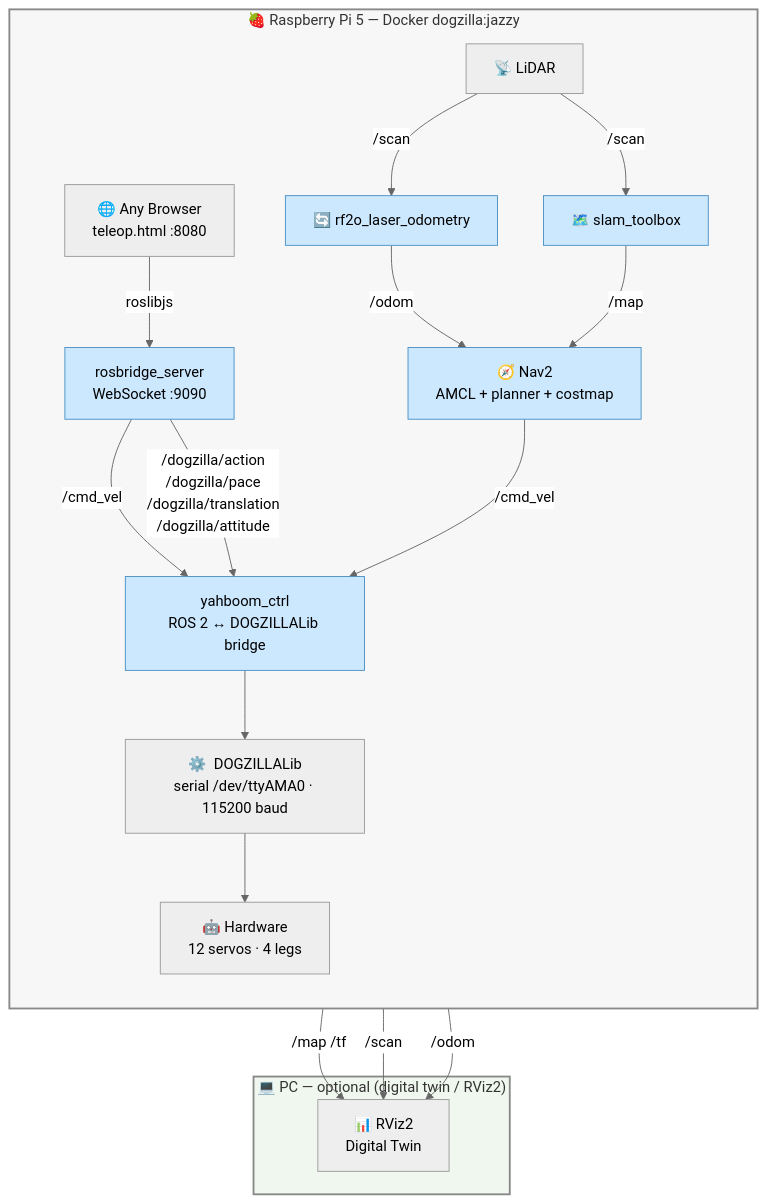
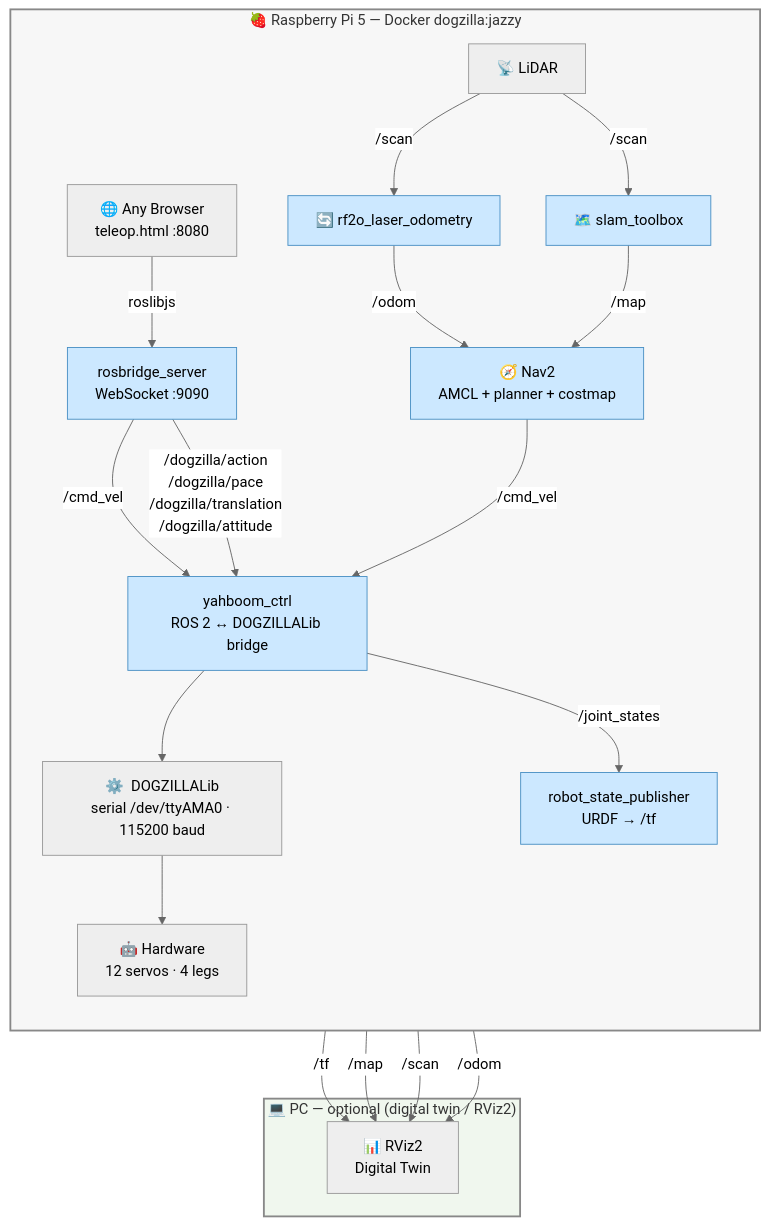
Before and after one commit to auCamelia/dogzilla: the diagram in README.md, drawn with Mermaid (neutral theme).

Commit message:
README: add robot_state_publisher and digital twin data flow to diagram
RSP consumes /joint_states + URDF and publishes /tf used by RViz2.
Also split /map /tf into separate arrows now that RSP is explicit.

````diff
--- a/README.md
+++ b/README.md
@@ -22,39 +22,42 @@
 ```mermaid
 graph TB
     subgraph PI["🍓  Raspberry Pi 5 — Docker dogzilla:jazzy"]
         direction TB
         Browser["🌐 Any Browser\nteleop.html :8080"]
         RB["rosbridge_server\nWebSocket :9090"]
         CTRL["yahboom_ctrl\nROS 2 ↔ DOGZILLALib bridge"]
+        RSP["robot_state_publisher\nURDF → /tf"]
         LIB["⚙️  DOGZILLALib\nserial /dev/ttyAMA0 · 115200 baud"]
         HW["🤖  Hardware\n12 servos · 4 legs"]
         SLAM["🗺️  slam_toolbox"]
         NAV["🧭  Nav2\nAMCL + planner + costmap"]
         LIDAR["📡  LiDAR"]
         ODOM["🔄  rf2o_laser_odometry"]
 
         Browser -- roslibjs --> RB
         RB -->|/cmd_vel| CTRL
         RB -->|/dogzilla/action\n/dogzilla/pace\n/dogzilla/translation\n/dogzilla/attitude| CTRL
         CTRL --> LIB --> HW
+        CTRL -->|/joint_states| RSP
         LIDAR -->|/scan| SLAM
         LIDAR -->|/scan| ODOM
         ODOM -->|/odom| NAV
         SLAM -->|/map| NAV
         NAV -->|/cmd_vel| CTRL
     end
 
     subgraph PC["💻  PC — optional (digital twin / RViz2)"]
         RViz["📊 RViz2\nDigital Twin"]
     end
 
-    SLAM -->|/map /tf| RViz
+    RSP -->|/tf| RViz
+    SLAM -->|/map| RViz
     LIDAR -->|/scan| RViz
     ODOM -->|/odom| RViz
 
     classDef ros2 fill:#cce8ff,stroke:#4a90c4,color:#000
-    class RB,CTRL,SLAM,NAV,ODOM ros2
+    class RB,CTRL,RSP,SLAM,NAV,ODOM ros2
 
     style PI fill:#f7f7f7,stroke:#888,stroke-width:2px,padding:20px
     style PC fill:#f0f7ee,stroke:#888,stroke-width:2px,padding:20px
 ```
````
